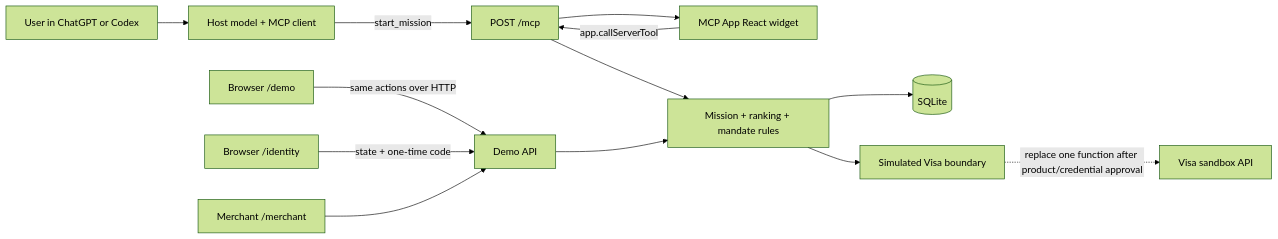
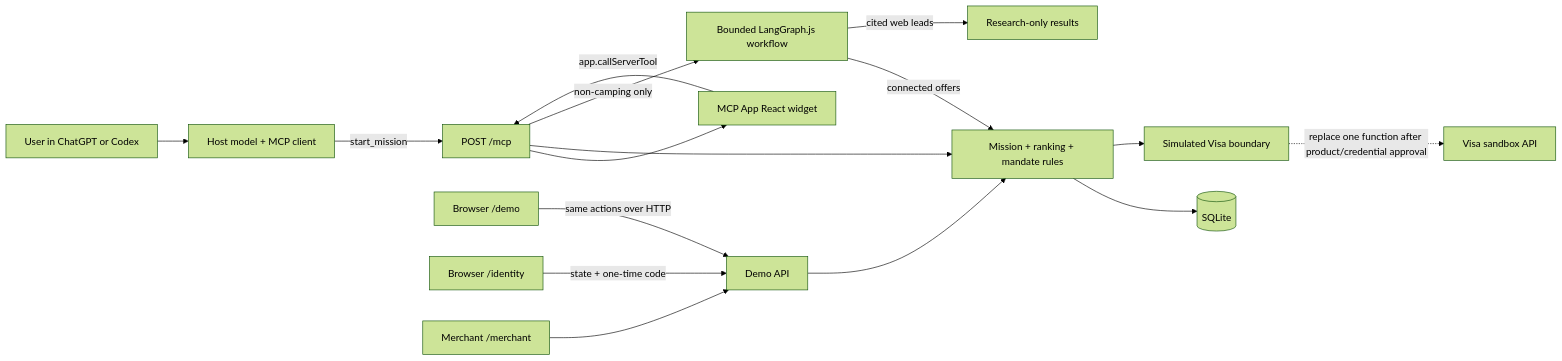
The first of 3 diagrams in docs/architecture.md (Ducksss/LifeHack-2026), drawn with Mermaid (forest theme) before and after one commit. The commit also changed other lines of this file and 19 other files, not shown here.

````diff
--- a/docs/architecture.md
+++ b/docs/architecture.md
@@ -7,18 +7,21 @@
 ```mermaid
 flowchart LR
   User[User in ChatGPT or Codex] --> Host[Host model + MCP client]
   Host -->|start_mission| MCP[POST /mcp]
   MCP --> Widget[MCP App React widget]
   Widget -->|app.callServerTool| MCP
 
   Demo[Browser /demo] -->|same actions over HTTP| API[Demo API]
   Identity[Browser /identity] -->|state + one-time code| API
   Merchant[Merchant /merchant] --> API
 
   MCP --> Domain[Mission + ranking + mandate rules]
   API --> Domain
+  MCP -->|non-camping only| Graph[Bounded LangGraph.js workflow]
+  Graph -->|connected offers| Domain
+  Graph -->|cited web leads| Research[Research-only results]
   Domain --> DB[(SQLite)]
   Domain --> Rail[Simulated Visa boundary]
 
   Rail -. replace one function after product/credential approval .-> Visa[Visa sandbox API]
 ```
````
